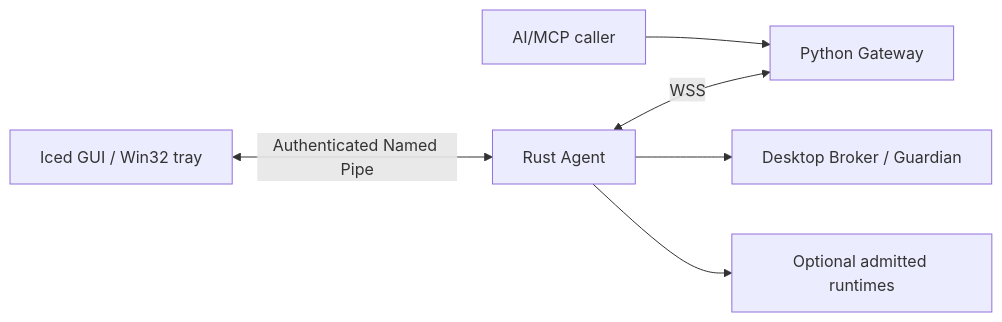
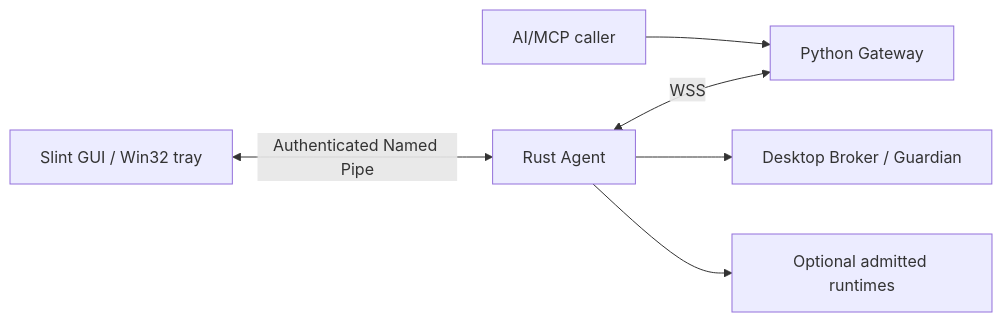
Before and after one commit to tlsdbcjs/Remote-Desktop-Commander: the diagram in docs/guides/desktop-client-guide.md, drawn with Mermaid. The commit also changed other lines of this file and 76 other files, not shown here.

First line of the commit message:
refactor(client): make Slint the only GUI and remove Iced (ADR-0032 step 5)

````diff
--- a/docs/guides/desktop-client-guide.md
+++ b/docs/guides/desktop-client-guide.md
@@ -29,8 +29,8 @@
 ```mermaid
 flowchart LR
     AI[AI/MCP caller] --> GW[Python Gateway]
     AG[Rust Agent] <-->|WSS| GW
-    UI[Iced GUI / Win32 tray] <-->|Authenticated Named Pipe| AG
+    UI[Slint GUI / Win32 tray] <-->|Authenticated Named Pipe| AG
     AG --> BG[Desktop Broker / Guardian]
     AG --> RT[Optional admitted runtimes]
 ```
````
